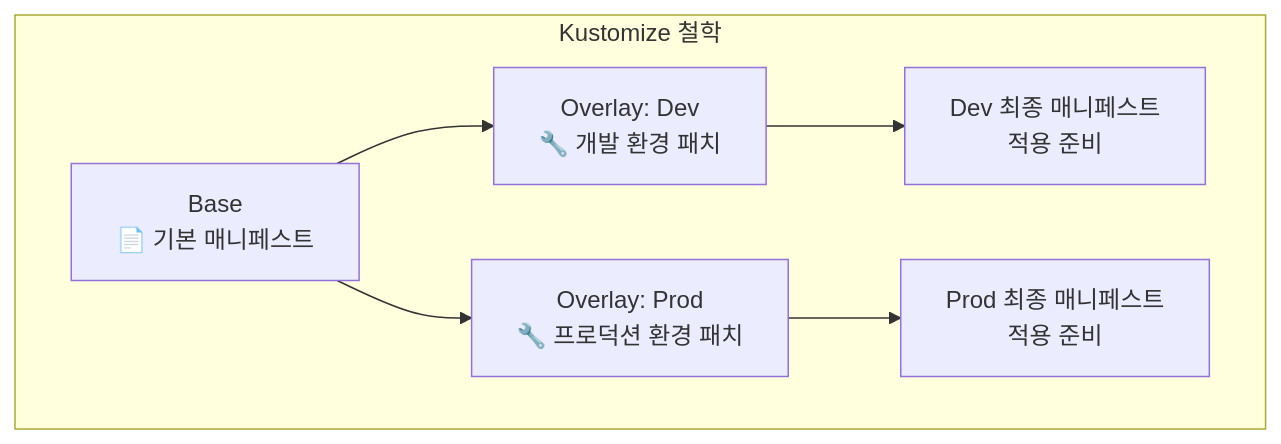
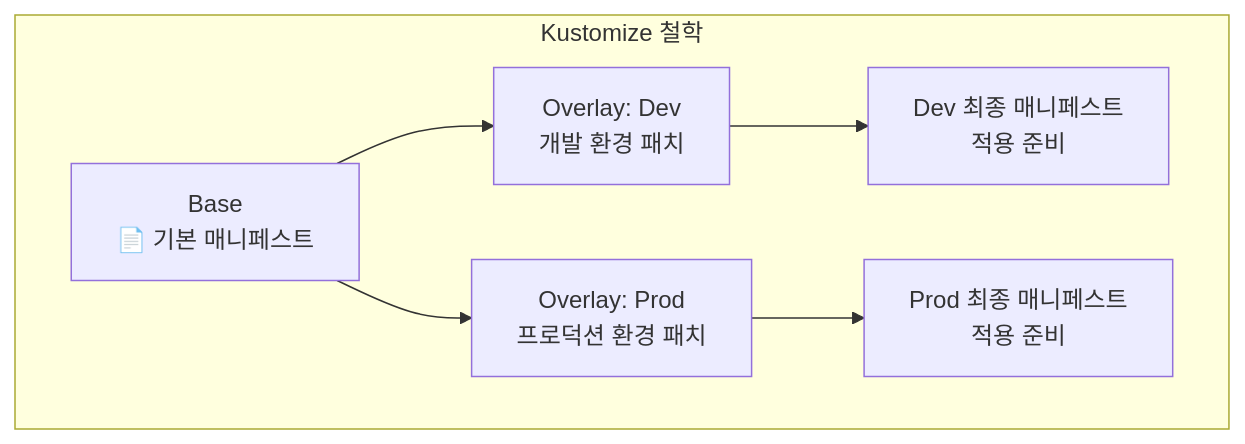
One commit to juwon8891/juwon8891.github.io changed diagram 40 of 41 in docs/cicd/week1-image-build.md. Above: the diagram before and after it, drawn with Mermaid. The commit also changed other lines of this file and 29 other files, not shown here.

````diff
--- a/docs/cicd/week1-image-build.md
+++ b/docs/cicd/week1-image-build.md
@@ -2897,16 +2900,16 @@
 ```mermaid
 graph TB
     subgraph "Kustomize 철학"
         BASE[Base<br/>📄 기본 매니페스트]
-        OVERLAY_DEV[Overlay: Dev<br/>🔧 개발 환경 패치]
-        OVERLAY_PROD[Overlay: Prod<br/>🔧 프로덕션 환경 패치]
+        OVERLAY_DEV[Overlay: Dev<br/>개발 환경 패치]
+        OVERLAY_PROD[Overlay: Prod<br/>프로덕션 환경 패치]
 
         BASE --> OVERLAY_DEV
         BASE --> OVERLAY_PROD
 
         OVERLAY_DEV --> DEV_FINAL[Dev 최종 매니페스트<br/>적용 준비]
         OVERLAY_PROD --> PROD_FINAL[Prod 최종 매니페스트<br/>적용 준비]
 
     end
 
 ```
````
